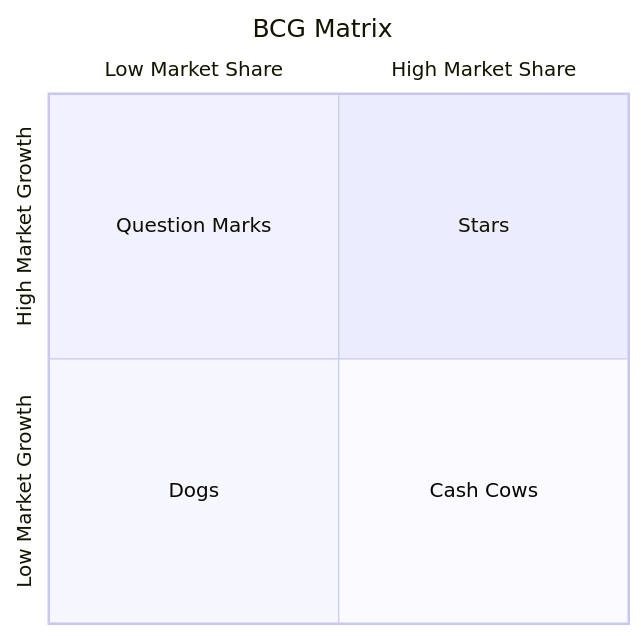
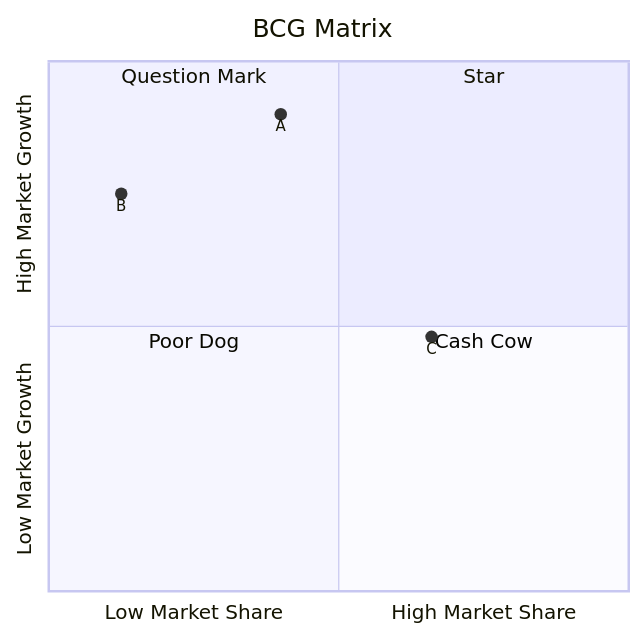
One commit to 2024W1/2024W1.github.io changed the second of 2 diagrams in index.md. Above: the diagram before and after it, drawn with Mermaid. The commit also changed other lines of this file and 1 other file, not shown here.

````diff
--- a/index.md
+++ b/index.md
@@ -765,10 +765,13 @@
 ```mermaid
 quadrantChart
     title BCG Matrix
     x-axis Low Market Share --> High Market Share
     y-axis Low Market Growth --> High Market Growth
-    quadrant-1 Stars
-    quadrant-2 Question Marks
-    quadrant-3 Dogs
-    quadrant-4 Cash Cows
+    quadrant-1 Star
+    quadrant-2 Question Mark
+    quadrant-3 Poor Dog
+    quadrant-4 Cash Cow
+    A : [0.4,0.9]
+    B : [0.125,0.75]
+    C : [0.66,0.48]
 ```
````
